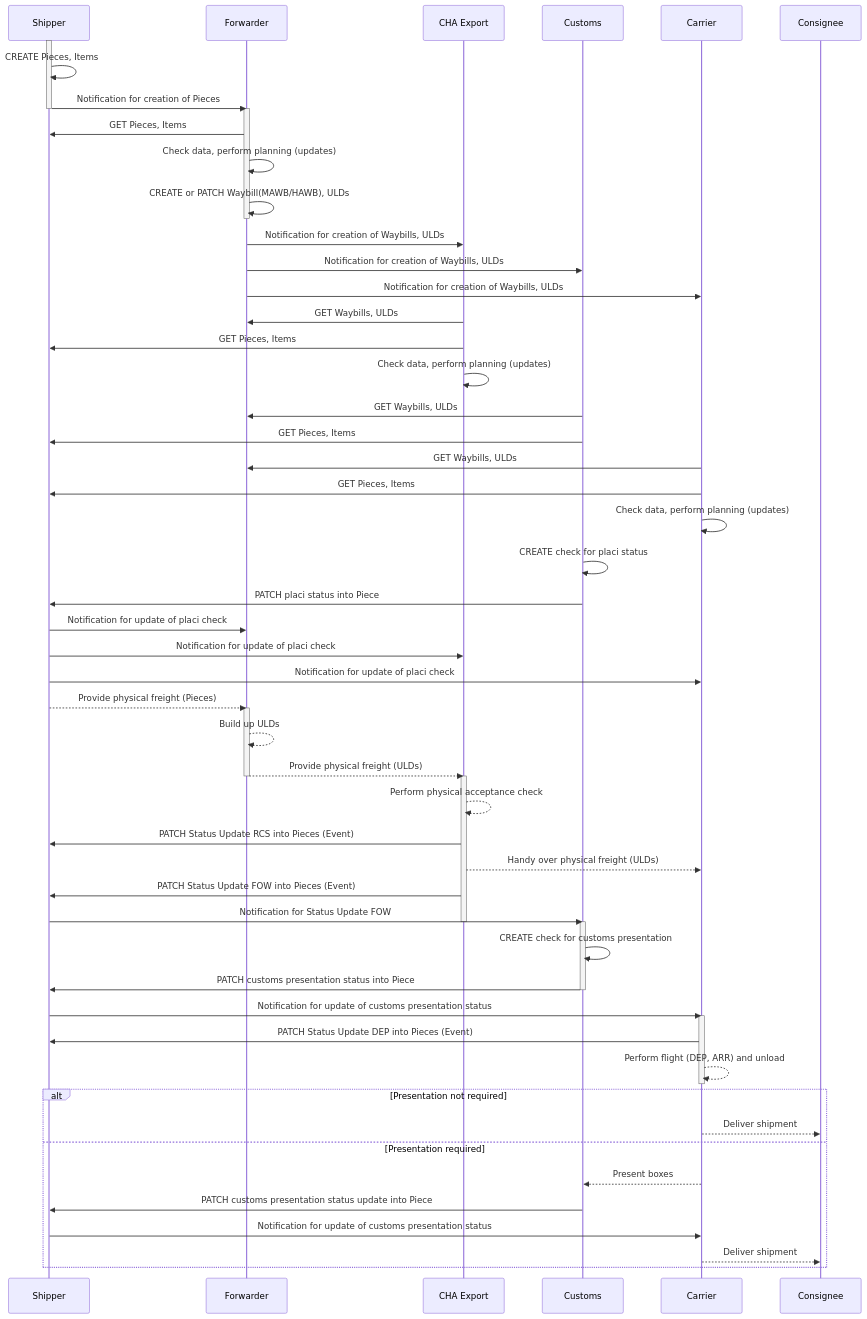
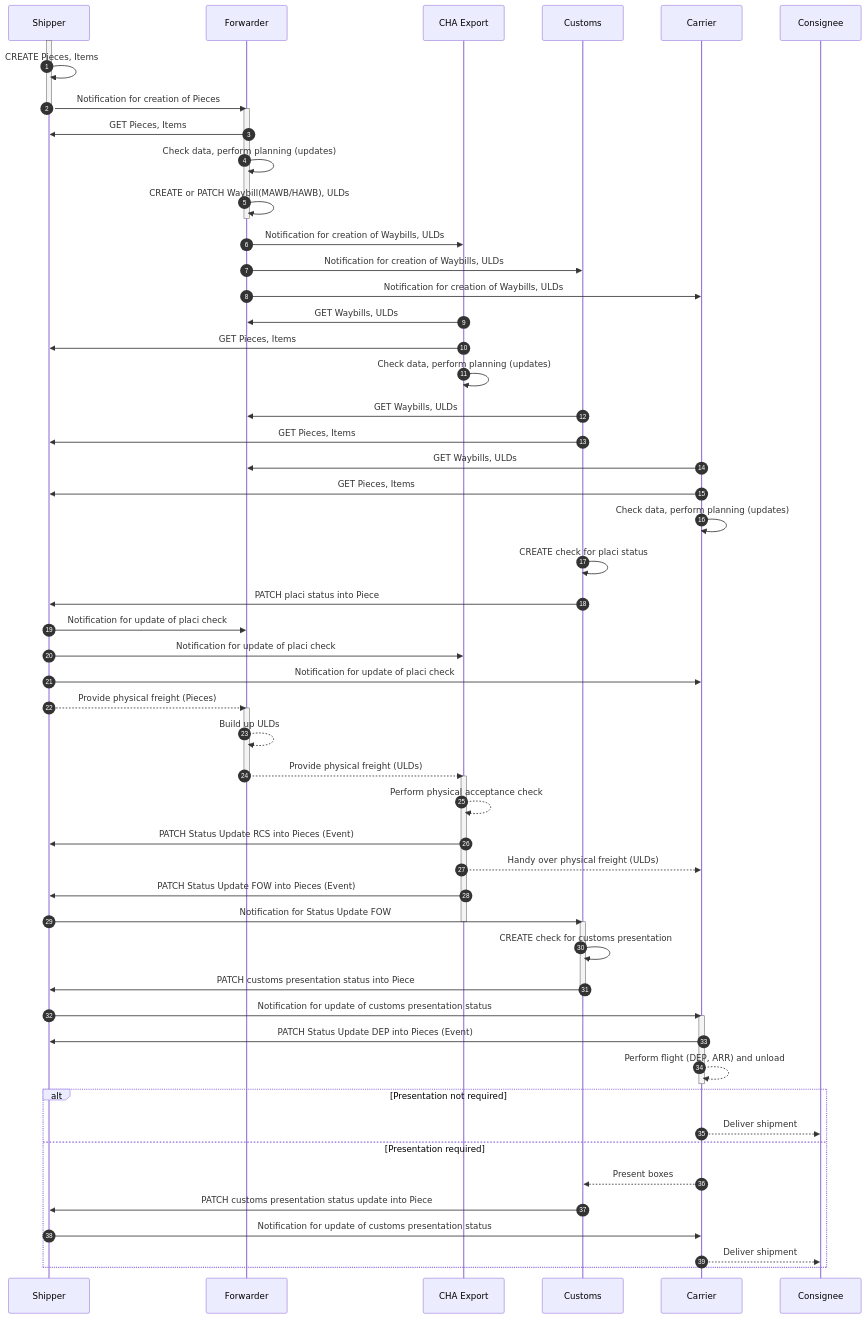
One commit to digital-cargo/good-practice-eCommerce changed the diagram in README.md. Above: the diagram before and after it, drawn with Mermaid. The commit also changed other lines of this file, not shown here.

````diff
--- a/README.md
+++ b/README.md
@@ -184,70 +183,73 @@
 ```mermaid
 sequenceDiagram
+
+    autonumber
+
     %% Jede Lifeline repraesentiert den Stakeholder inkl. seines ONE Record Endpoints
     participant Shipper 
     participant Forwarder
     participant CHA Export
     participant Customs
     participant Carrier
     participant Consignee
 
     activate Shipper
     Shipper->>Shipper: CREATE Pieces, Items
     Shipper->>Forwarder: Notification for creation of Pieces
     deactivate Shipper
     activate Forwarder
     Forwarder->>Shipper: GET Pieces, Items
     Forwarder->>Forwarder: Check data, perform planning (updates)
     Forwarder->>Forwarder: CREATE or PATCH Waybill(MAWB/HAWB), ULDs
     deactivate Forwarder
     Forwarder->>CHA Export: Notification for creation of Waybills, ULDs
     Forwarder->>Customs: Notification for creation of Waybills, ULDs
     Forwarder->>Carrier: Notification for creation of Waybills, ULDs
     CHA Export->>Forwarder: GET Waybills, ULDs
     CHA Export->>Shipper: GET Pieces, Items
     CHA Export->>CHA Export: Check data, perform planning (updates)
     Customs->>Forwarder: GET Waybills, ULDs
     Customs->>Shipper: GET Pieces, Items
     Carrier->>Forwarder: GET Waybills, ULDs
     Carrier->>Shipper: GET Pieces, Items
     Carrier->>Carrier: Check data, perform planning (updates)
     Customs->>Customs: CREATE check for placi status
     Customs->>Shipper: PATCH placi status into Piece
     Shipper->>Forwarder: Notification for update of placi check
     Shipper->>CHA Export: Notification for update of placi check
     Shipper->>Carrier: Notification for update of placi check
 
     Shipper-->>Forwarder: Provide physical freight (Pieces)
     activate Forwarder
     Forwarder-->>Forwarder: Build up ULDs
     Forwarder-->>CHA Export: Provide physical freight (ULDs)
     deactivate Forwarder
     activate CHA Export
     CHA Export-->>CHA Export: Perform physical acceptance check
     CHA Export->>Shipper: PATCH Status Update RCS into Pieces (Event)
     CHA Export-->>Carrier: Handy over physical freight (ULDs)
     CHA Export->>Shipper: PATCH Status Update FOW into Pieces (Event)
     Shipper->>Customs: Notification for Status Update FOW
     deactivate CHA Export
     activate Customs
     Customs->>Customs: CREATE check for customs presentation
     Customs->>Shipper: PATCH customs presentation status into Piece
     deactivate Customs
     Shipper->>Carrier: Notification for update of customs presentation status
     activate Carrier
     Carrier->>Shipper: PATCH Status Update DEP into Pieces (Event)
     Carrier-->>Carrier: Perform flight (DEP, ARR) and unload
     deactivate Carrier
 
     %% 6) Zollvorlage & Praesentation
     alt Presentation not required
         Carrier-->>Consignee: Deliver shipment
     else Presentation required
         Carrier-->>Customs: Present boxes 
         Customs->>Shipper: PATCH customs presentation status update into Piece
         Shipper->>Carrier: Notification for update of customs presentation status
         Carrier-->>Consignee: Deliver shipment
     end 
 
 
 ```
````
